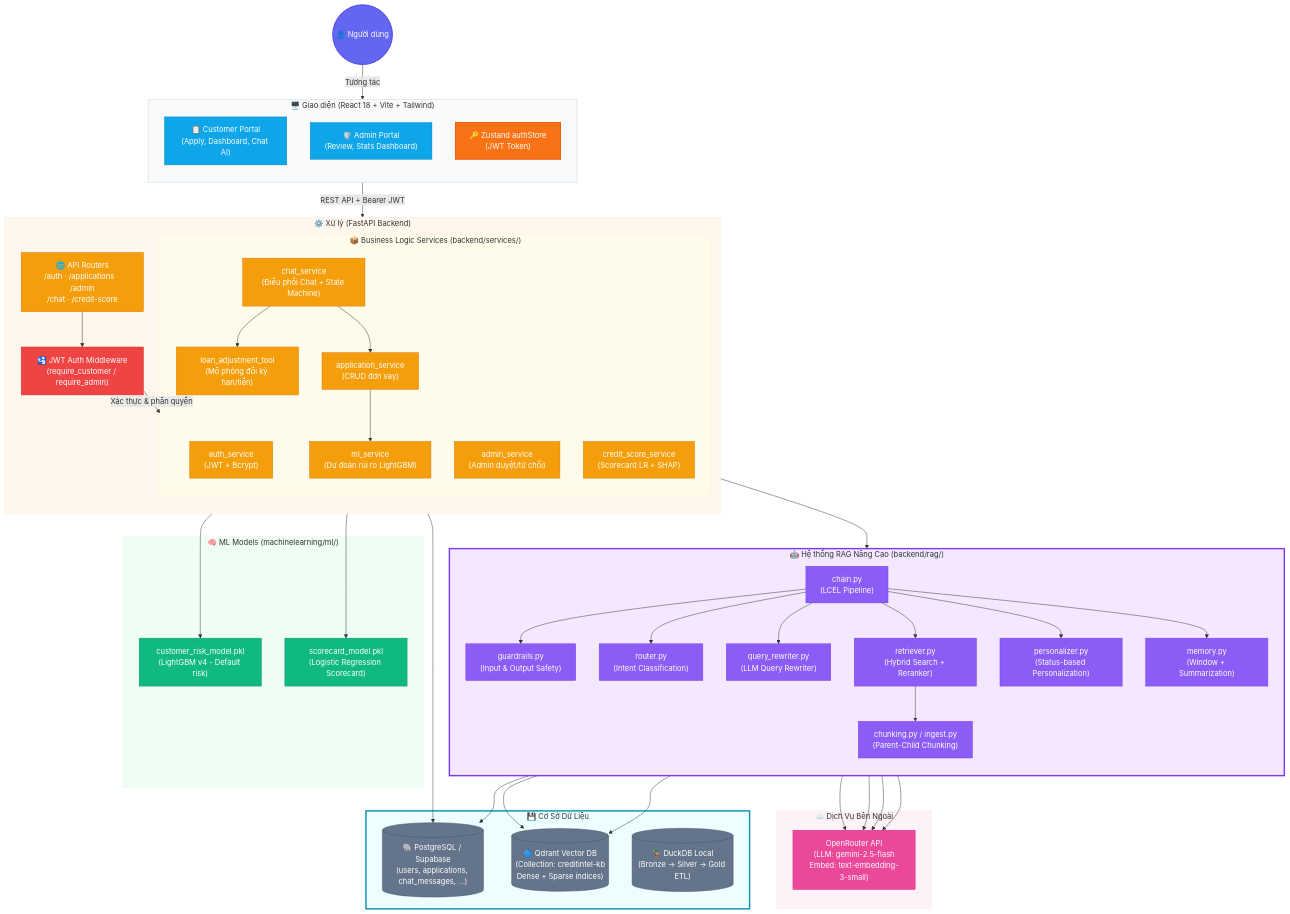
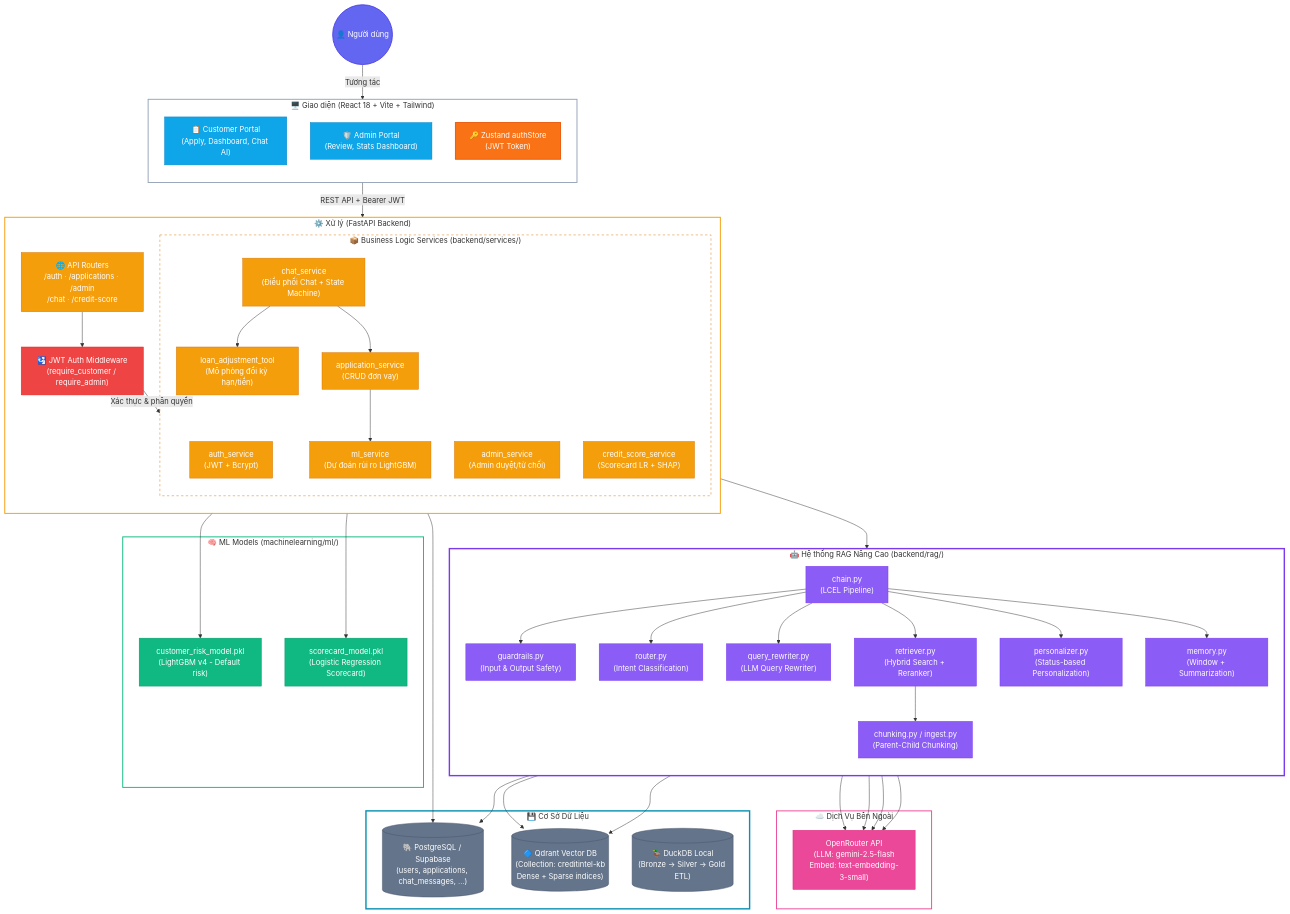
The first of 3 diagrams in README.md (VTD0102/Loan_ETL), drawn with Mermaid before and after one commit. The commit also changed other lines of this file and 1 other file, not shown here.

Commit message:
fix: transparent subgraph bg, fix RAG diagram render

````diff
--- a/README.md
+++ b/README.md
@@ -119,12 +119,12 @@
     class DB_PG,DB_QD,DB_DK storage
     class OR external
 
-    %% ====== SUBGRAPH STYLING (BORDERS & COLORS) ======
-    style RAG fill:#f3e8ff,stroke:#7c3aed,stroke-width:3px
-    style STORAGE fill:#ecfeff,stroke:#0891b2,stroke-width:3px
-    style FE fill:#f8fafc,stroke:#cbd5e1,stroke-width:1px
-    style BE fill:#fff7ed,stroke:#ffedd5,stroke-width:1px
-    style SVC fill:#fffbeb,stroke:#fef3c7,stroke-width:1px
-    style ML_MODELS fill:#f0fdf4,stroke:#dcfce7,stroke-width:1px
-    style EXT fill:#fdf2f8,stroke:#fce7f3,stroke-width:1px
+    %% ====== SUBGRAPH STYLING (BORDERS ONLY, TRANSPARENT BG) ======
+    style RAG fill:transparent,stroke:#7c3aed,stroke-width:3px,stroke-dasharray:0
+    style STORAGE fill:transparent,stroke:#0891b2,stroke-width:3px,stroke-dasharray:0
+    style FE fill:transparent,stroke:#94a3b8,stroke-width:2px
+    style BE fill:transparent,stroke:#f59e0b,stroke-width:2px
+    style SVC fill:transparent,stroke:#d97706,stroke-width:1px,stroke-dasharray:5 5
+    style ML_MODELS fill:transparent,stroke:#10b981,stroke-width:2px
+    style EXT fill:transparent,stroke:#ec4899,stroke-width:2px
 ```
````
